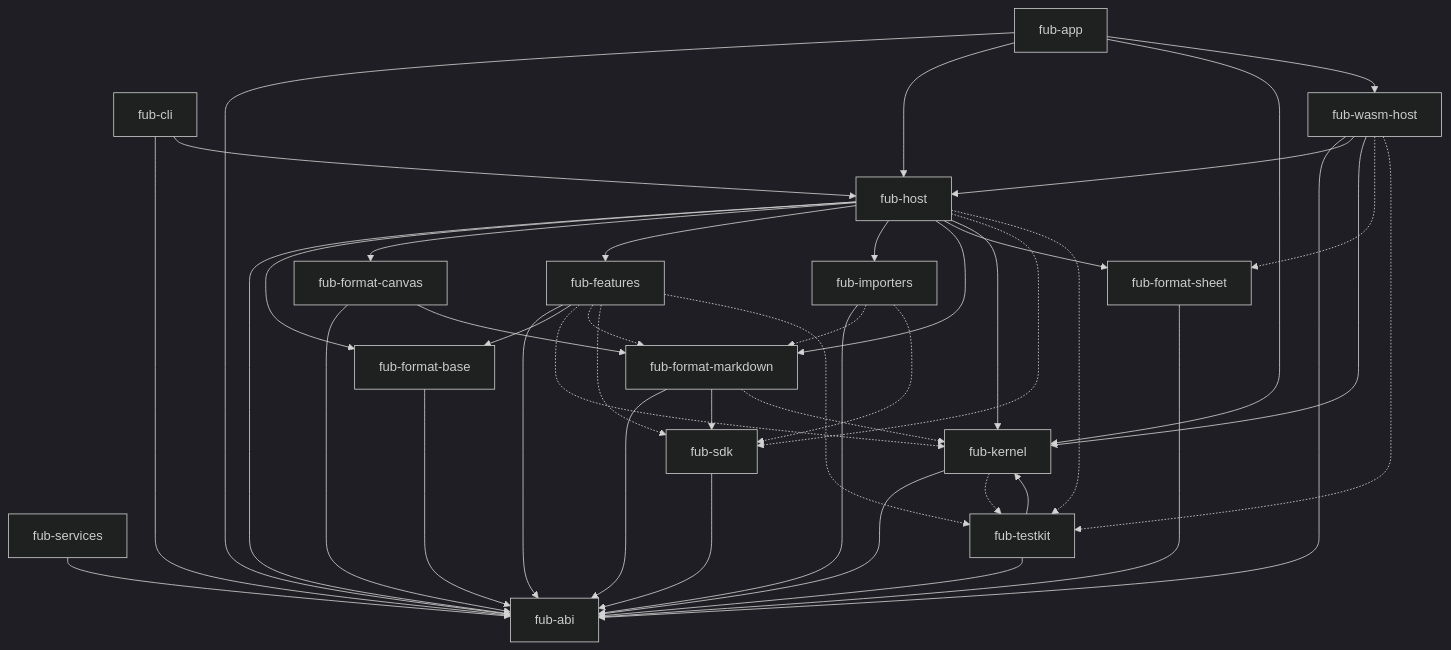
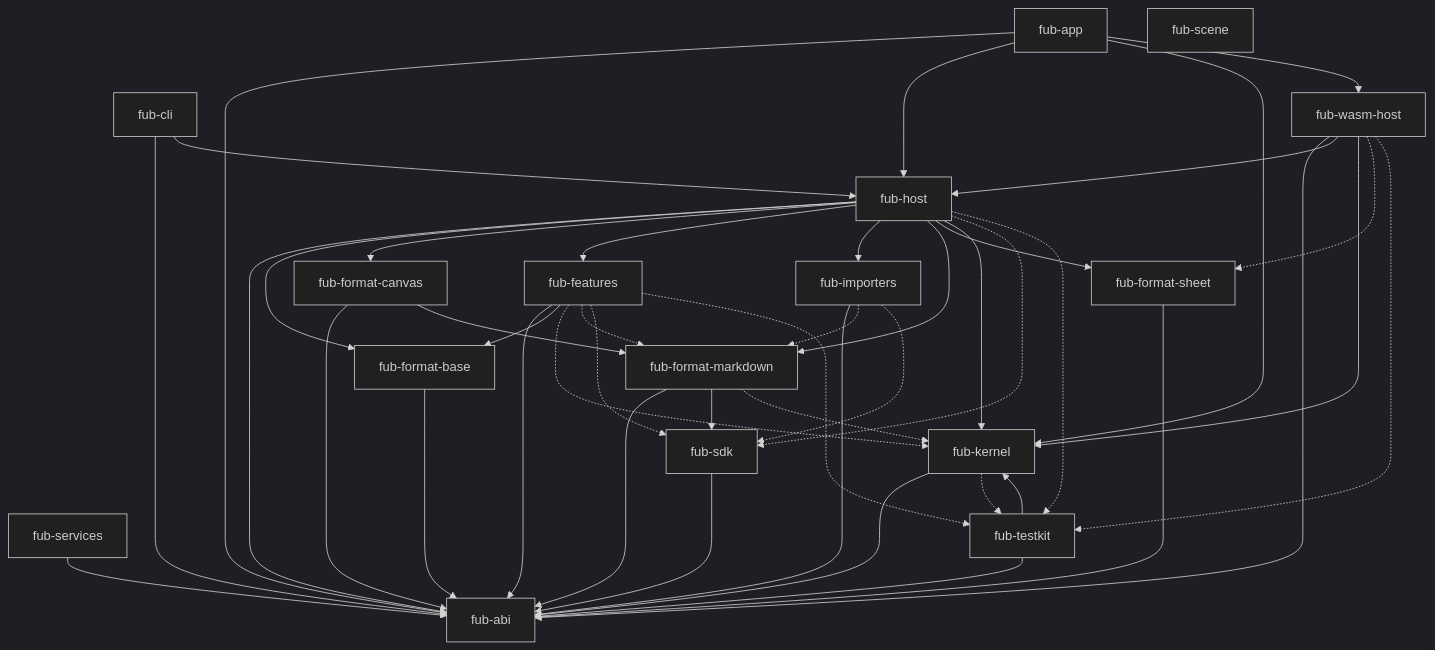
One commit to Fubeo/Fub changed the first of 2 diagrams in docs/architecture/overview.md. Above: the diagram before and after it, drawn with Mermaid (dark theme). The commit also changed 20 other files, not shown here.

````diff
--- a/docs/architecture/overview.md
+++ b/docs/architecture/overview.md
@@ -28,66 +28,67 @@
 ```mermaid
 flowchart TD
     %% @grafo-dipendenze
     %% Questo blocco è confrontato con cargo metadata da dependency_invariant.rs.
 
     app["fub-app"]
     host["fub-host"]
     features["fub-features"]
     markdown["fub-format-markdown"]
     sheet["fub-format-sheet"]
     base["fub-format-base"]
     canvas["fub-format-canvas"]
+    scene["fub-scene"]
     importers["fub-importers"]
     cli["fub-cli"]
     services["fub-services"]
     wasmhost["fub-wasm-host"]
     sdk["fub-sdk"]
     testkit["fub-testkit"]
     kernel["fub-kernel"]
     abi["fub-abi"]
 
     app --> abi
     app --> host
     app --> kernel
     app --> wasmhost
     host --> abi
     host --> base
     host --> canvas
     host --> features
     host --> importers
     host --> markdown
     host --> sheet
     host --> kernel
     cli --> abi
     cli --> host
     services --> abi
     base --> abi
     canvas --> abi
     canvas --> markdown
     importers --> abi
     features --> abi
     features --> base
     markdown --> abi
     markdown --> sdk
     sheet --> abi
     wasmhost --> abi
     wasmhost --> host
     wasmhost --> kernel
     kernel --> abi
     sdk --> abi
     testkit --> abi
     testkit --> kernel
 
     features -.-> kernel
     features -.-> markdown
     features -.-> sdk
     features -.-> testkit
     markdown -.-> kernel
     kernel -.-> testkit
     host -.-> sdk
     host -.-> testkit
     wasmhost -.-> sheet
     wasmhost -.-> testkit
     importers -.-> markdown
     importers -.-> sdk
 ```
````
